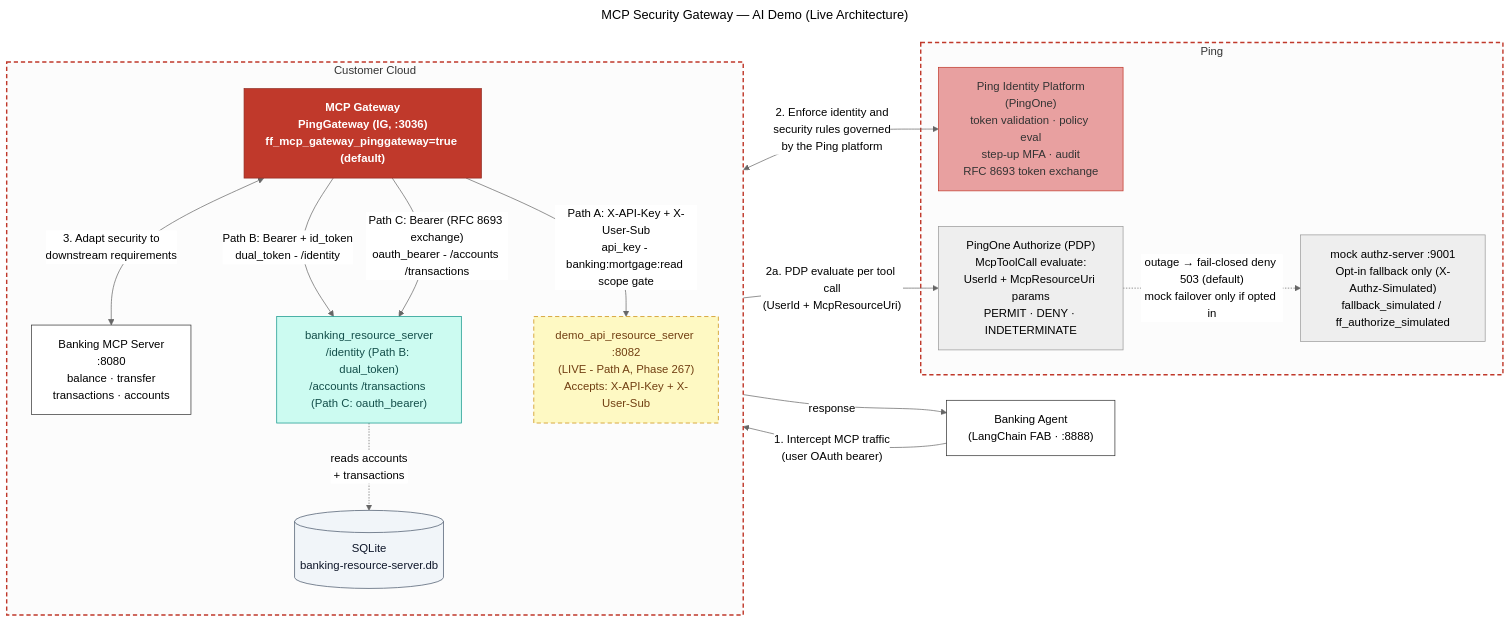
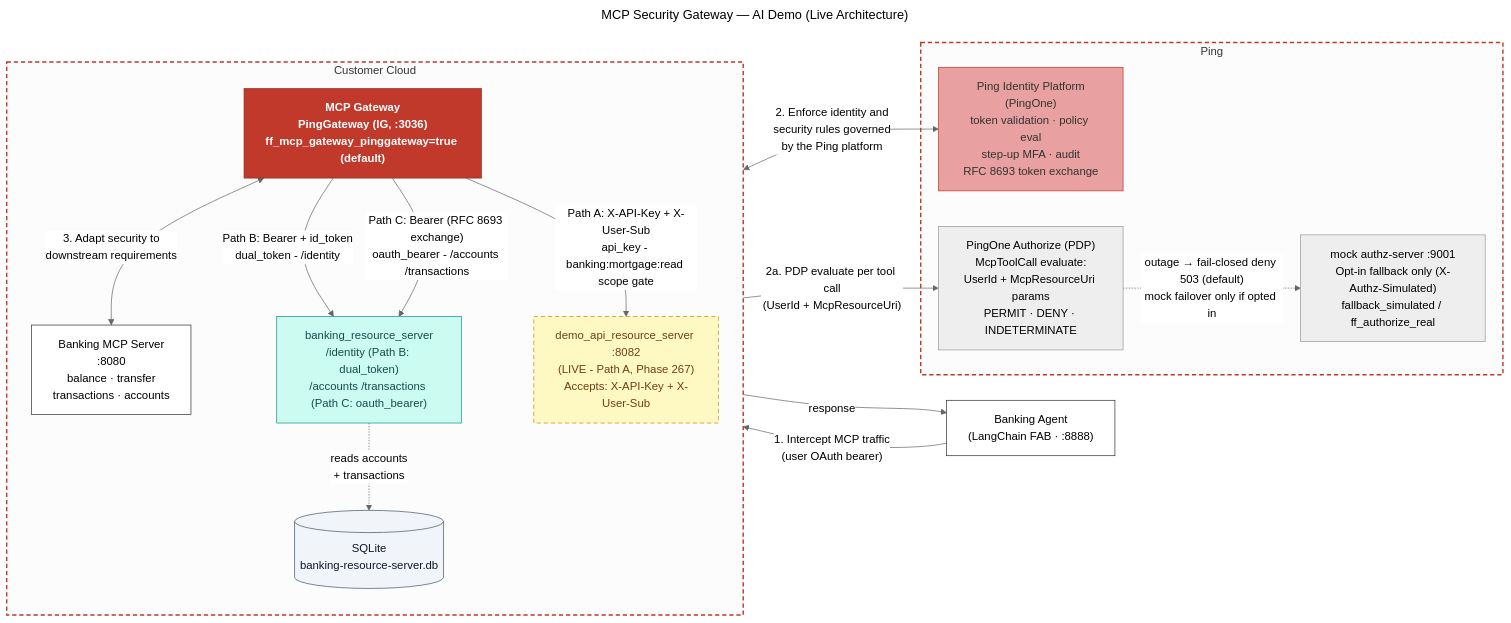
The diagram in demo_api_ui/public/architecture/mcp-security-gateway.mmd (curtismu7/AI-DEMO2), drawn with Mermaid (neutral theme) before and after one commit. The commit also changed 87 other files, not shown here.

First line of the commit message:
fix(authz): make real gateway controls positive

```diff
--- a/demo_api_ui/public/architecture/mcp-security-gateway.mmd
+++ b/demo_api_ui/public/architecture/mcp-security-gateway.mmd
@@ -1,52 +1,52 @@
 ---
 title: MCP Security Gateway — AI Demo (Live Architecture)
 ---
 %% Phase 266 R2 (2026-05-11): One gateway, three credential mechanisms.
 %% 2026-06-18: PingGateway (IG, :3036) is the default MCP gateway (ff_mcp_gateway_pinggateway=true).
 %% Authorize params now include UserId + McpResourceUri in every McpToolCall request.
 %% Authorize outage: fail-closed deny 503 by default (AUTHORIZE_FAILOVER_MODE=deny). Mock authz-server:9001
-%% failover (X-Authz-Simulated) is opt-in only (fallback_simulated / ff_authorize_simulated).
+%% failover (X-Authz-Simulated) is opt-in only (fallback_simulated / ff_authorize_real).
 %% Path A (api_key): scope gate (banking:mortgage:read); OAuth bearer dropped; X-API-Key + X-User-Sub injected; calls demo_api_resource_server :8082 (Phase 267).
 %% Path B (dual_token): Bearer + id_token forwarded to banking_resource_server /identity.
 %% Path C (oauth_bearer): RFC 8693 exchange; Bearer (new aud) to banking_resource_server /accounts /transactions (SQLite).
 %% Paths B and C both reach the same banking_resource_server backend at different routes.
 flowchart LR
     BANKING_AGENT["Banking Agent\n(LangChain FAB · :8888)"]
 
     subgraph Customer["Customer Cloud"]
         direction TB
         GATEWAY["MCP Gateway\nPingGateway (IG, :3036)\nff_mcp_gateway_pinggateway=true (default)"]
         MCP_SERVER["Banking MCP Server\n:8080\nbalance · transfer\ntransactions · accounts"]
         GATEWAY <-->|"3. Adapt security to\ndownstream requirements"| MCP_SERVER
         BANKING_RS["banking_resource_server\n/identity (Path B: dual_token)\n/accounts /transactions (Path C: oauth_bearer)"]
         SQLITE[("SQLite\nbanking-resource-server.db")]
         API_KEY_BACKEND["demo_api_resource_server :8082\n(LIVE - Path A, Phase 267)\nAccepts: X-API-Key + X-User-Sub"]
     end
 
     subgraph Ping["Ping"]
         PING["Ping Identity Platform\n(PingOne)\ntoken validation · policy eval\nstep-up MFA · audit\nRFC 8693 token exchange"]
         PING_AUTHORIZE["PingOne Authorize (PDP)\nMcpToolCall evaluate:\nUserId + McpResourceUri params\nPERMIT · DENY · INDETERMINATE"]
-        MOCK_AUTHZ["mock authz-server :9001\nOpt-in fallback only (X-Authz-Simulated)\nfallback_simulated / ff_authorize_simulated"]
+        MOCK_AUTHZ["mock authz-server :9001\nOpt-in fallback only (X-Authz-Simulated)\nfallback_simulated / ff_authorize_real"]
     end
 
     BANKING_AGENT -->|"1. Intercept MCP traffic\n(user OAuth bearer)"| GATEWAY
     GATEWAY -->|"response"| BANKING_AGENT
     GATEWAY <-->|"2. Enforce identity and\nsecurity rules governed\nby the Ping platform"| PING
     GATEWAY -->|"2a. PDP evaluate per tool call\n(UserId + McpResourceUri)"| PING_AUTHORIZE
     PING_AUTHORIZE -.->|"outage → fail-closed deny 503 (default)\nmock failover only if opted in"| MOCK_AUTHZ
 
     %% Phase 266 R2: Three outbound credential paths from the Gateway
     GATEWAY -->|"Path B: Bearer + id_token\ndual_token - /identity"| BANKING_RS
     GATEWAY -->|"Path C: Bearer (RFC 8693 exchange)\noauth_bearer - /accounts /transactions"| BANKING_RS
     GATEWAY -->|"Path A: X-API-Key + X-User-Sub\napi_key - banking:mortgage:read scope gate"| API_KEY_BACKEND
     BANKING_RS -.->|"reads accounts\n+ transactions"| SQLITE
 
     style GATEWAY fill:#c0392b,color:#fff,stroke:#922b21,font-weight:bold
     style PING fill:#e8a0a0,color:#333,stroke:#c0392b
     style BANKING_AGENT fill:#ffffff,stroke:#333
     style MCP_SERVER fill:#ffffff,stroke:#333
     style BANKING_RS fill:#ccfbf1,stroke:#0d9488,color:#134e4a
     style SQLITE fill:#f1f5f9,stroke:#475569,color:#0f172a
     style API_KEY_BACKEND fill:#fef9c3,stroke:#ca8a04,color:#713f12,stroke-dasharray: 6 4
     style Customer stroke:#c0392b,stroke-width:2px,stroke-dasharray: 6 4,color:#333
     style Ping stroke:#c0392b,stroke-width:2px,stroke-dasharray: 6 4,color:#333
```
